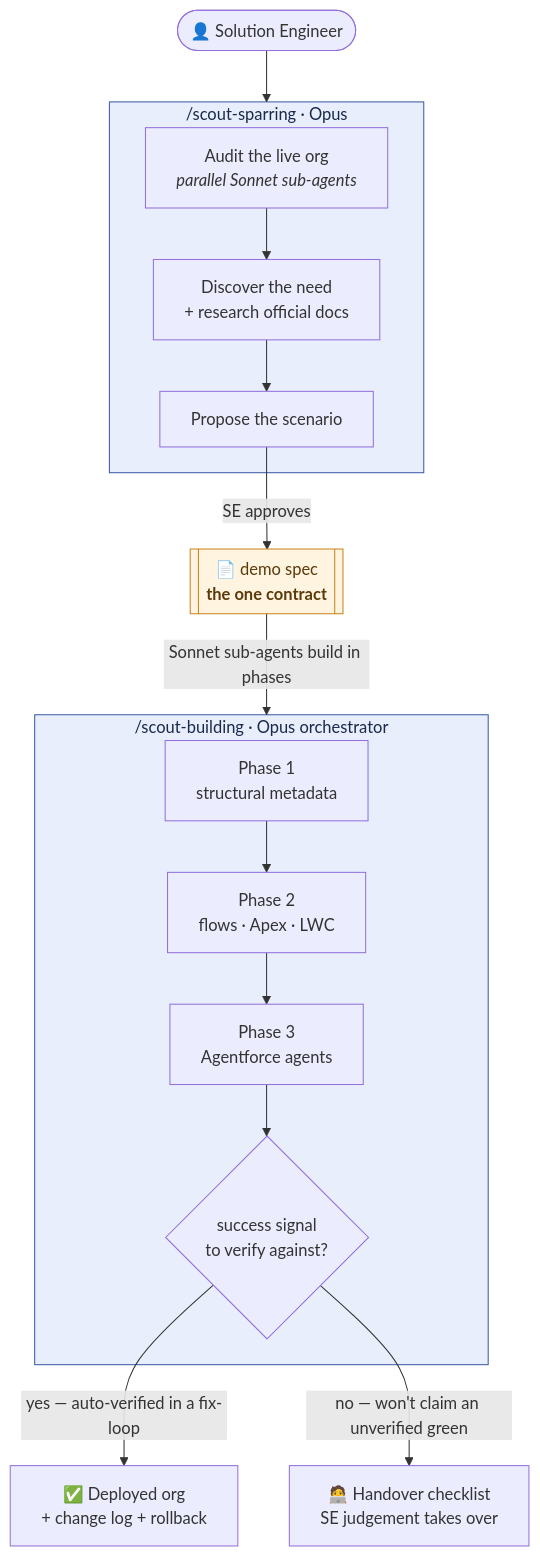
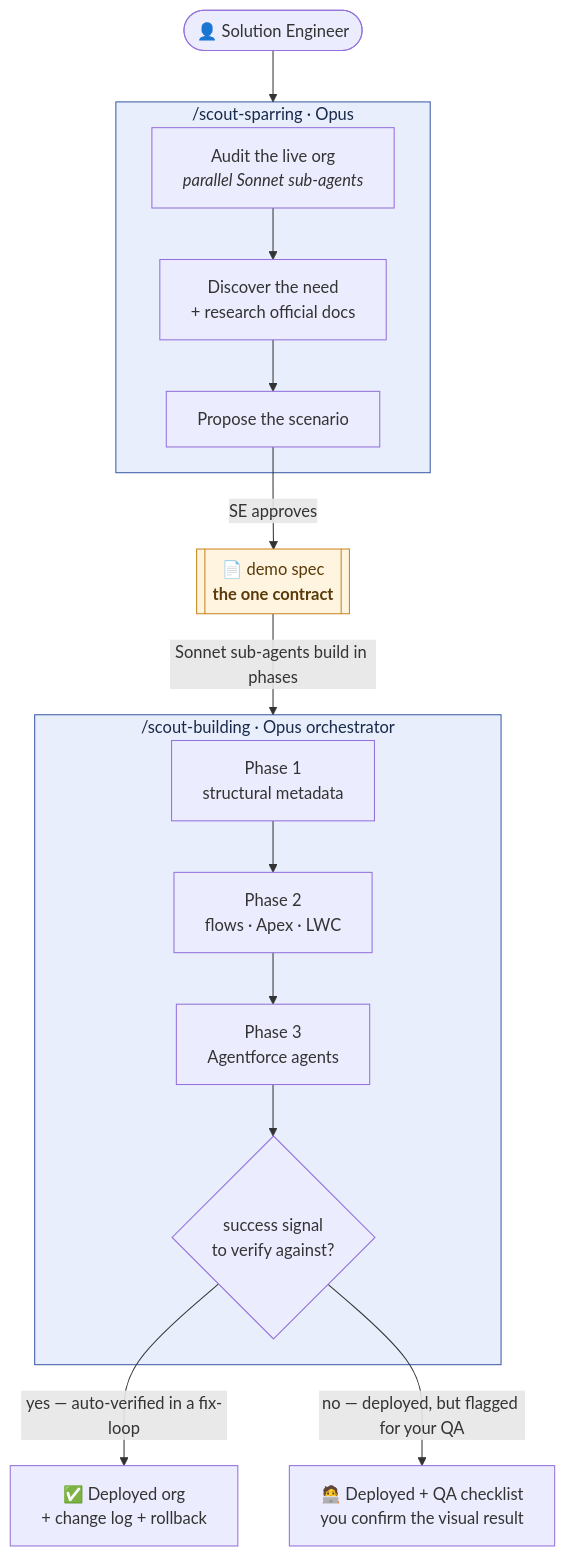
Before and after one commit to seb-schi/sf-demo-scout: the diagram in README.md, drawn with Mermaid. The commit also changed other lines of this file, not shown here.

````diff
--- a/README.md
+++ b/README.md
@@ -43,35 +43,35 @@
 ```mermaid
 flowchart TD
     SE(["👤 Solution Engineer"])
 
     subgraph SPAR["/scout-sparring · Opus"]
         A["Audit the live org<br/><i>parallel Sonnet sub-agents</i>"]
         D["Discover the need<br/>+ research official docs"]
         P["Propose the scenario"]
         A --> D --> P
     end
 
     SPEC[["📄 demo spec<br/><b>the one contract</b>"]]
 
     subgraph BUILD["/scout-building · Opus orchestrator"]
         S1["Phase 1<br/>structural metadata"]
         S2["Phase 2<br/>flows · Apex · LWC"]
         S3["Phase 3<br/>Agentforce agents"]
         G{"success signal<br/>to verify against?"}
         S1 --> S2 --> S3 --> G
     end
 
     OUT["✅ Deployed org<br/>+ change log + rollback"]
-    MAN["🧑‍💻 Handover checklist<br/>SE judgement takes over"]
+    MAN["🧑‍💻 Deployed + QA checklist<br/>you confirm the visual result"]
 
     SE --> SPAR
     P -->|"SE approves"| SPEC
     SPEC -->|"Sonnet sub-agents build in phases"| BUILD
     G -->|"yes — auto-verified in a fix-loop"| OUT
-    G -->|"no — won't claim an unverified green"| MAN
+    G -->|"no — deployed, but flagged for your QA"| MAN
 
     classDef opus fill:#e8eefc,stroke:#3b5ba5,color:#1a2a4a;
     classDef contract fill:#fff4e0,stroke:#c9821a,color:#5a3a08;
     class SPAR,BUILD opus;
     class SPEC contract;
 ```
````
